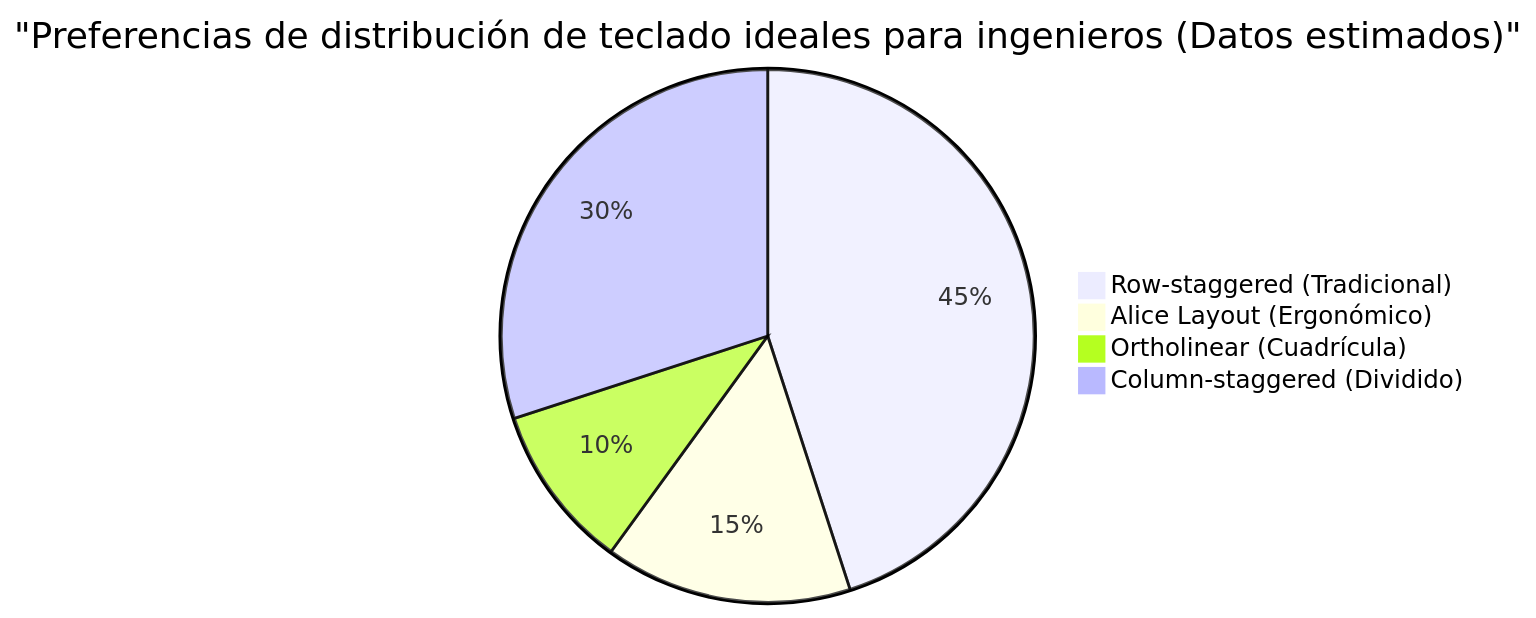
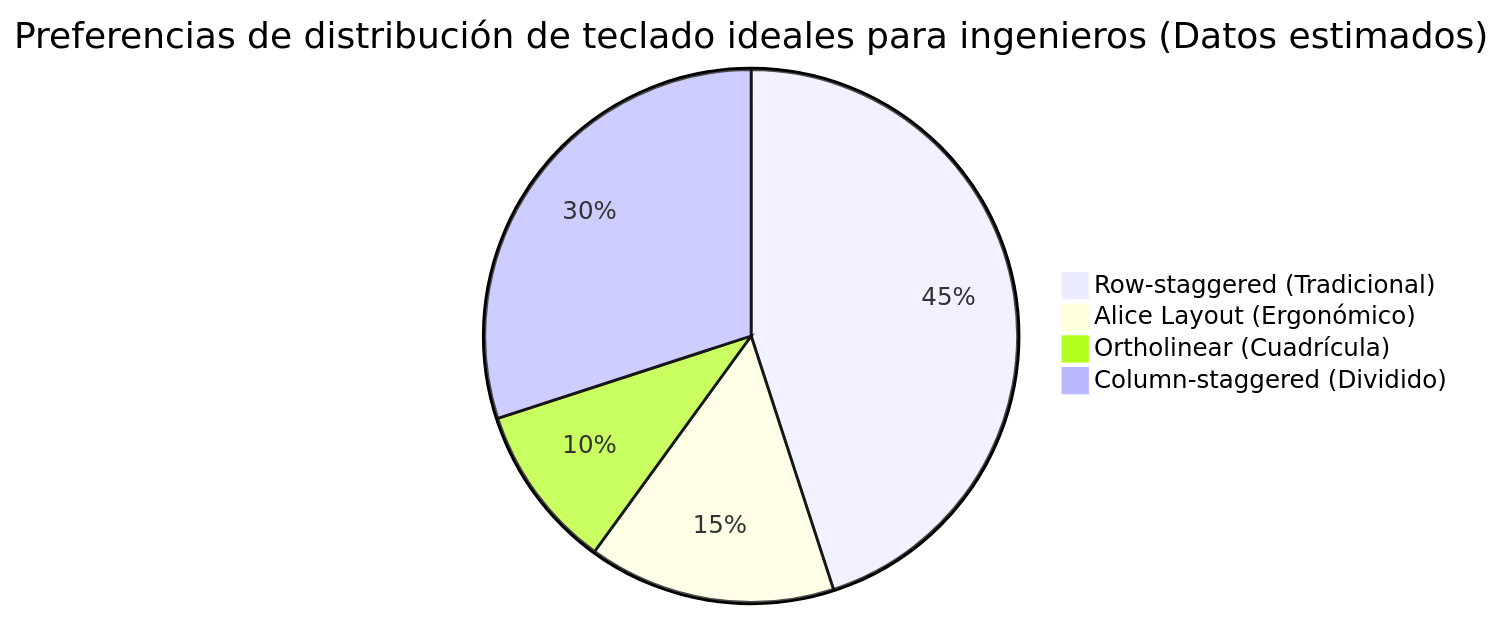
Before and after one commit to kenjinote/blog: the third of 3 diagrams in content/post/mechanical_keyboards/index.es.md, drawn with Mermaid. The commit also changed other lines of this file and 703 other files, not shown here.

Commit message:
Fix: Remove quotes from Mermaid link texts and timeline definitions to support Mermaid 11.4.1

````diff
--- a/content/post/mechanical_keyboards/index.es.md
+++ b/content/post/mechanical_keyboards/index.es.md
@@ -127,7 +127,7 @@
 ```mermaid
-pie title "Preferencias de distribución de teclado ideales para ingenieros (Datos estimados)"
+pie title Preferencias de distribución de teclado ideales para ingenieros (Datos estimados)
     "Row-staggered (Tradicional)" : 45
     "Alice Layout (Ergonómico)" : 15
     "Ortholinear (Cuadrícula)" : 10
     "Column-staggered (Dividido)" : 30
 ```
````
